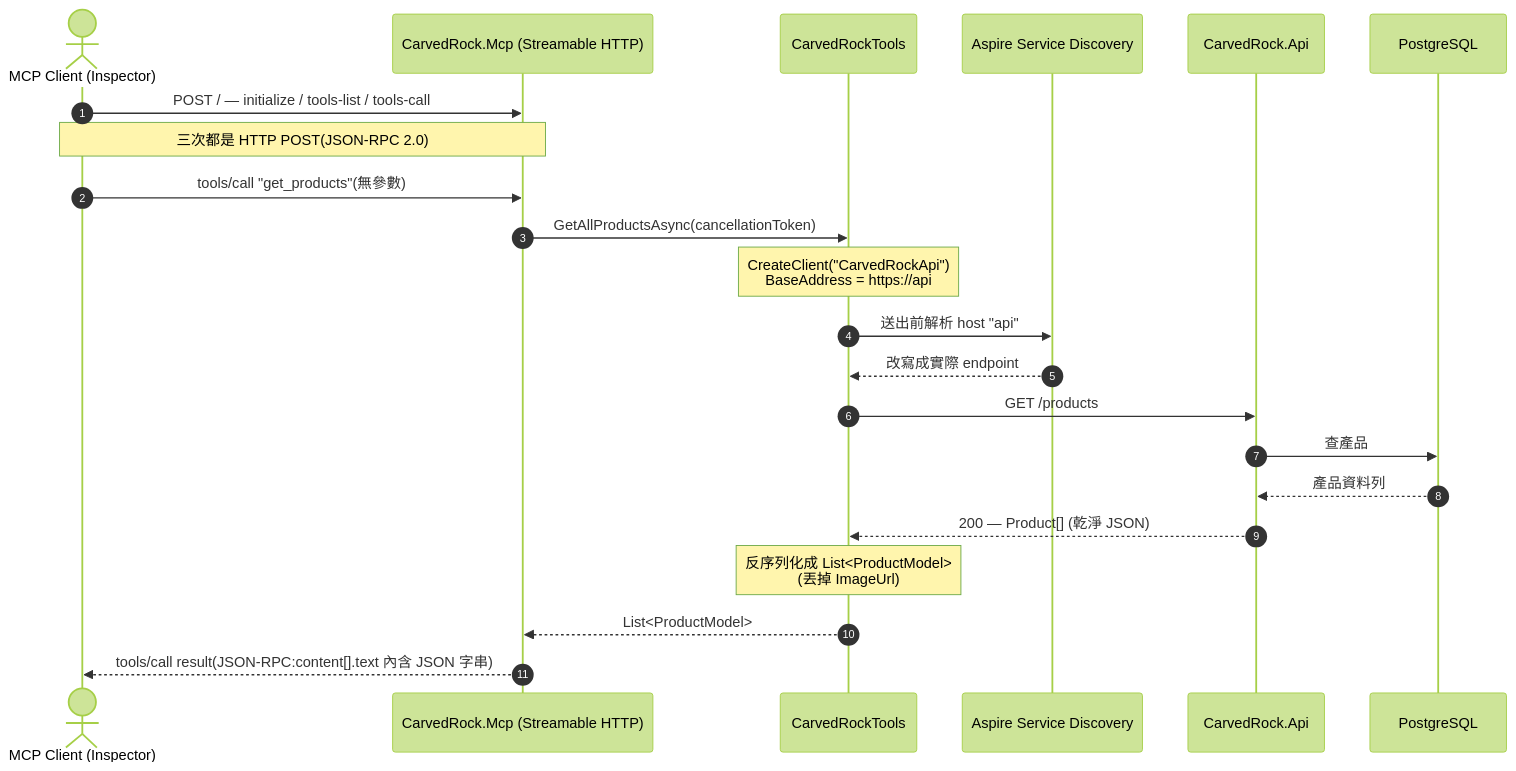
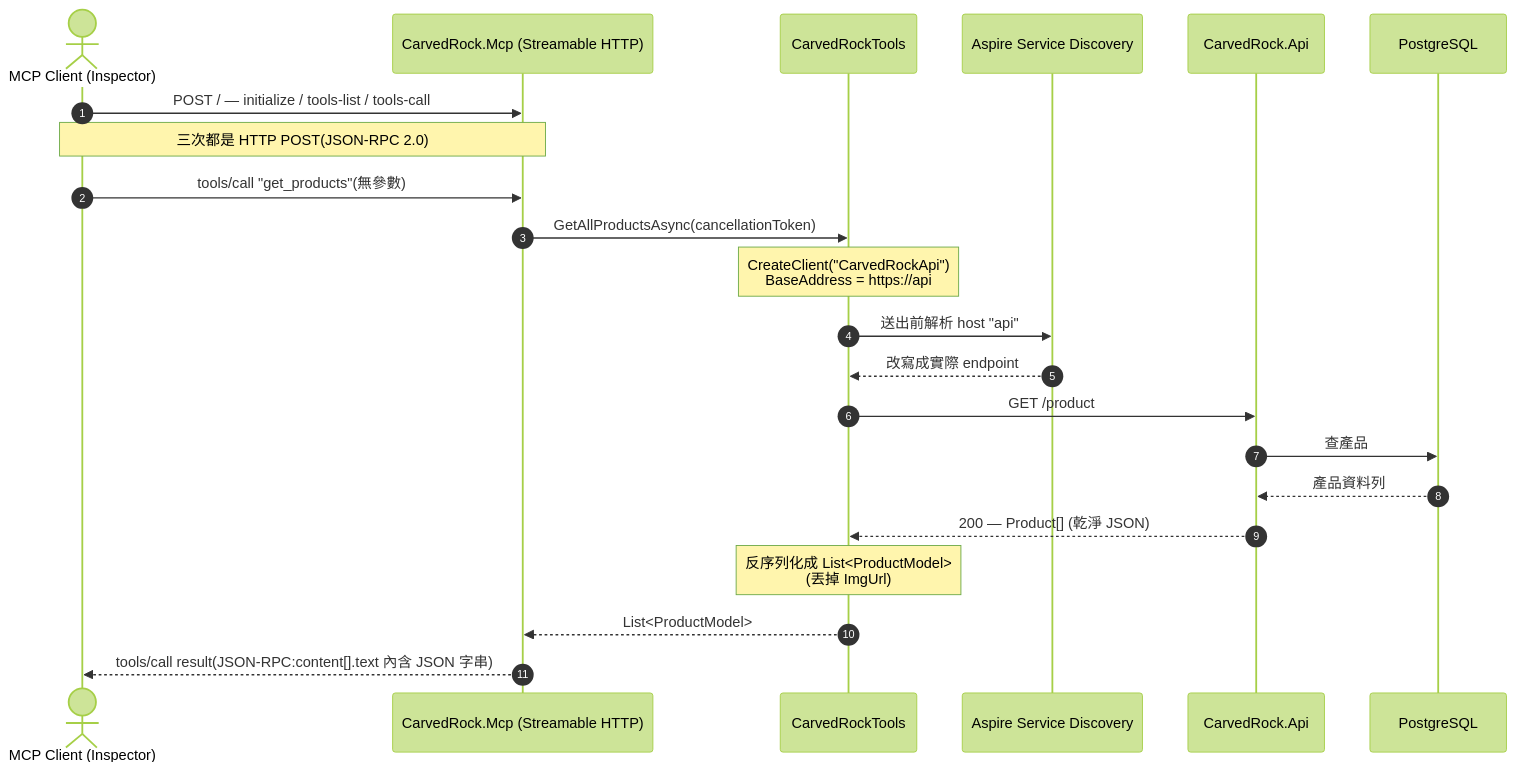
One commit to mrtony/mcp-csharp-labs changed the diagram in docs/wiki/notes/ch02-carvedrock-mcp-implementation.md. Above: the diagram before and after it, drawn with Mermaid (forest theme). The commit also changed other lines of this file and 104 other files, not shown here.

````diff
--- a/docs/wiki/notes/ch02-carvedrock-mcp-implementation.md
+++ b/docs/wiki/notes/ch02-carvedrock-mcp-implementation.md
@@ -192,25 +242,25 @@
 ```mermaid
 sequenceDiagram
     autonumber
     actor Client as MCP Client (Inspector)
     participant Mcp as CarvedRock.Mcp (Streamable HTTP)
     participant Tool as CarvedRockTools
     participant SD as Aspire Service Discovery
     participant Api as CarvedRock.Api
     participant Db as PostgreSQL
 
     Client->>Mcp: POST / — initialize / tools-list / tools-call
     Note over Client,Mcp: 三次都是 HTTP POST(JSON-RPC 2.0)
     Client->>Mcp: tools/call "get_products"(無參數)
     Mcp->>Tool: GetAllProductsAsync(cancellationToken)
     Note over Tool: CreateClient("CarvedRockApi")<br/>BaseAddress = https://api
     Tool->>SD: 送出前解析 host "api"
     SD-->>Tool: 改寫成實際 endpoint
-    Tool->>Api: GET /products
+    Tool->>Api: GET /product
     Api->>Db: 查產品
     Db-->>Api: 產品資料列
     Api-->>Tool: 200 — Product[] (乾淨 JSON)
-    Note over Tool: 反序列化成 List<ProductModel><br/>(丟掉 ImageUrl)
+    Note over Tool: 反序列化成 List<ProductModel><br/>(丟掉 ImgUrl)
     Tool-->>Mcp: List<ProductModel>
     Mcp-->>Client: tools/call result(JSON-RPC:content[].text 內含 JSON 字串)
 ```
````
